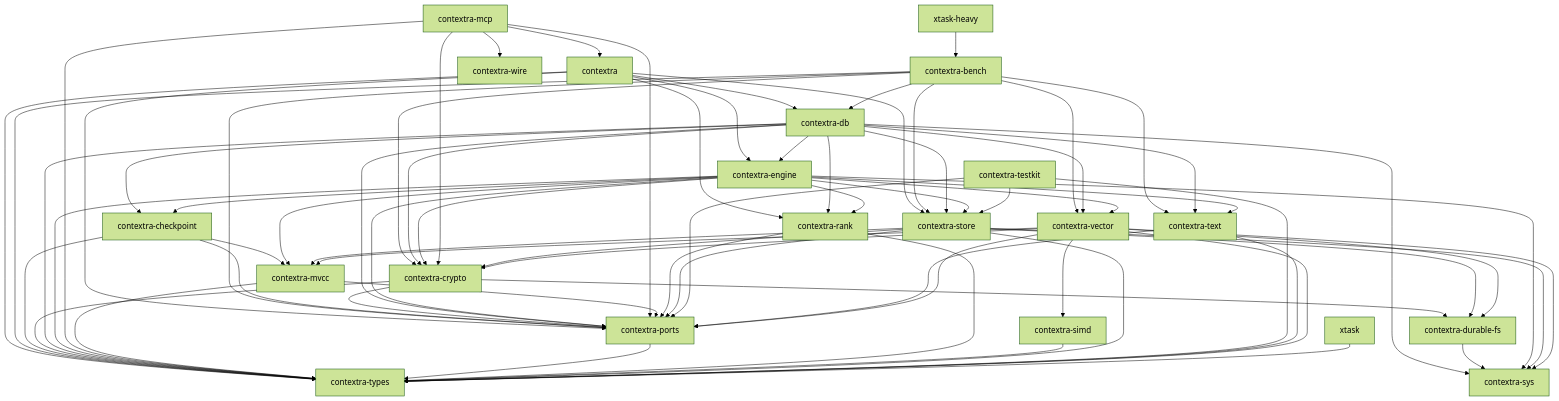
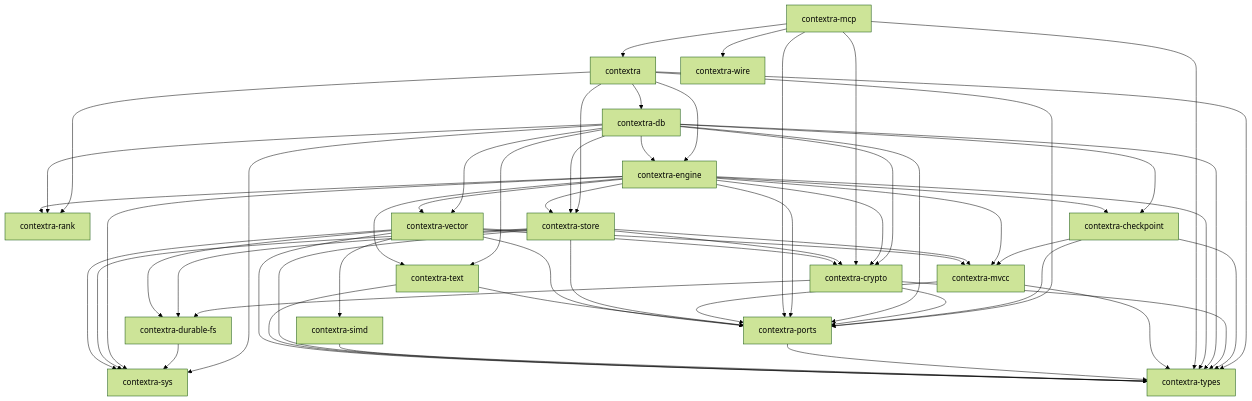
Before and after one commit to tfufuz1/contextra: the diagram in ARCHITECTURE.md, drawn with Mermaid (forest theme). The commit also changed other lines of this file and 33 other files, not shown here.

````diff
--- a/ARCHITECTURE.md
+++ b/ARCHITECTURE.md
@@ -117,74 +89,60 @@
 ```mermaid
 graph TD
     contextra[contextra] --> contextra_db[contextra-db]
     contextra[contextra] --> contextra_engine[contextra-engine]
     contextra[contextra] --> contextra_ports[contextra-ports]
     contextra[contextra] --> contextra_rank[contextra-rank]
     contextra[contextra] --> contextra_store[contextra-store]
     contextra[contextra] --> contextra_types[contextra-types]
-    contextra_bench[contextra-bench] --> contextra_crypto[contextra-crypto]
-    contextra_bench[contextra-bench] --> contextra_db[contextra-db]
-    contextra_bench[contextra-bench] --> contextra_ports[contextra-ports]
-    contextra_bench[contextra-bench] --> contextra_store[contextra-store]
-    contextra_bench[contextra-bench] --> contextra_text[contextra-text]
-    contextra_bench[contextra-bench] --> contextra_types[contextra-types]
-    contextra_bench[contextra-bench] --> contextra_vector[contextra-vector]
     contextra_checkpoint[contextra-checkpoint] --> contextra_mvcc[contextra-mvcc]
     contextra_checkpoint[contextra-checkpoint] --> contextra_ports[contextra-ports]
     contextra_checkpoint[contextra-checkpoint] --> contextra_types[contextra-types]
     contextra_crypto[contextra-crypto] --> contextra_durable_fs[contextra-durable-fs]
     contextra_crypto[contextra-crypto] --> contextra_ports[contextra-ports]
     contextra_crypto[contextra-crypto] --> contextra_types[contextra-types]
     contextra_db[contextra-db] --> contextra_checkpoint[contextra-checkpoint]
     contextra_db[contextra-db] --> contextra_crypto[contextra-crypto]
     contextra_db[contextra-db] --> contextra_engine[contextra-engine]
     contextra_db[contextra-db] --> contextra_ports[contextra-ports]
     contextra_db[contextra-db] --> contextra_rank[contextra-rank]
     contextra_db[contextra-db] --> contextra_store[contextra-store]
     contextra_db[contextra-db] --> contextra_sys[contextra-sys]
     contextra_db[contextra-db] --> contextra_text[contextra-text]
     contextra_db[contextra-db] --> contextra_types[contextra-types]
     contextra_db[contextra-db] --> contextra_vector[contextra-vector]
     contextra_durable_fs[contextra-durable-fs] --> contextra_sys[contextra-sys]
     contextra_engine[contextra-engine] --> contextra_checkpoint[contextra-checkpoint]
     contextra_engine[contextra-engine] --> contextra_crypto[contextra-crypto]
     contextra_engine[contextra-engine] --> contextra_mvcc[contextra-mvcc]
     contextra_engine[contextra-engine] --> contextra_ports[contextra-ports]
     contextra_engine[contextra-engine] --> contextra_rank[contextra-rank]
     contextra_engine[contextra-engine] --> contextra_store[contextra-store]
     contextra_engine[contextra-engine] --> contextra_sys[contextra-sys]
     contextra_engine[contextra-engine] --> contextra_text[contextra-text]
     contextra_engine[contextra-engine] --> contextra_types[contextra-types]
     contextra_engine[contextra-engine] --> contextra_vector[contextra-vector]
     contextra_mcp[contextra-mcp] --> contextra[contextra]
     contextra_mcp[contextra-mcp] --> contextra_crypto[contextra-crypto]
     contextra_mcp[contextra-mcp] --> contextra_ports[contextra-ports]
     contextra_mcp[contextra-mcp] --> contextra_types[contextra-types]
     contextra_mcp[contextra-mcp] --> contextra_wire[contextra-wire]
     contextra_mvcc[contextra-mvcc] --> contextra_ports[contextra-ports]
     contextra_mvcc[contextra-mvcc] --> contextra_types[contextra-types]
     contextra_ports[contextra-ports] --> contextra_types[contextra-types]
-    contextra_rank[contextra-rank] --> contextra_ports[contextra-ports]
-    contextra_rank[contextra-rank] --> contextra_types[contextra-types]
     contextra_simd[contextra-simd] --> contextra_types[contextra-types]
     contextra_store[contextra-store] --> contextra_crypto[contextra-crypto]
     contextra_store[contextra-store] --> contextra_durable_fs[contextra-durable-fs]
     contextra_store[contextra-store] --> contextra_mvcc[contextra-mvcc]
     contextra_store[contextra-store] --> contextra_ports[contextra-ports]
     contextra_store[contextra-store] --> contextra_sys[contextra-sys]
     contextra_store[contextra-store] --> contextra_types[contextra-types]
-    contextra_testkit[contextra-testkit] --> contextra_ports[contextra-ports]
-    contextra_testkit[contextra-testkit] --> contextra_store[contextra-store]
-    contextra_testkit[contextra-testkit] --> contextra_types[contextra-types]
     contextra_text[contextra-text] --> contextra_ports[contextra-ports]
     contextra_text[contextra-text] --> contextra_types[contextra-types]
     contextra_vector[contextra-vector] --> contextra_crypto[contextra-crypto]
     contextra_vector[contextra-vector] --> contextra_durable_fs[contextra-durable-fs]
     contextra_vector[contextra-vector] --> contextra_mvcc[contextra-mvcc]
     contextra_vector[contextra-vector] --> contextra_ports[contextra-ports]
     contextra_vector[contextra-vector] --> contextra_simd[contextra-simd]
     contextra_vector[contextra-vector] --> contextra_sys[contextra-sys]
     contextra_vector[contextra-vector] --> contextra_types[contextra-types]
-    xtask[xtask] --> contextra_types[contextra-types]
-    xtask_heavy[xtask-heavy] --> contextra_bench[contextra-bench]
 ```
````
